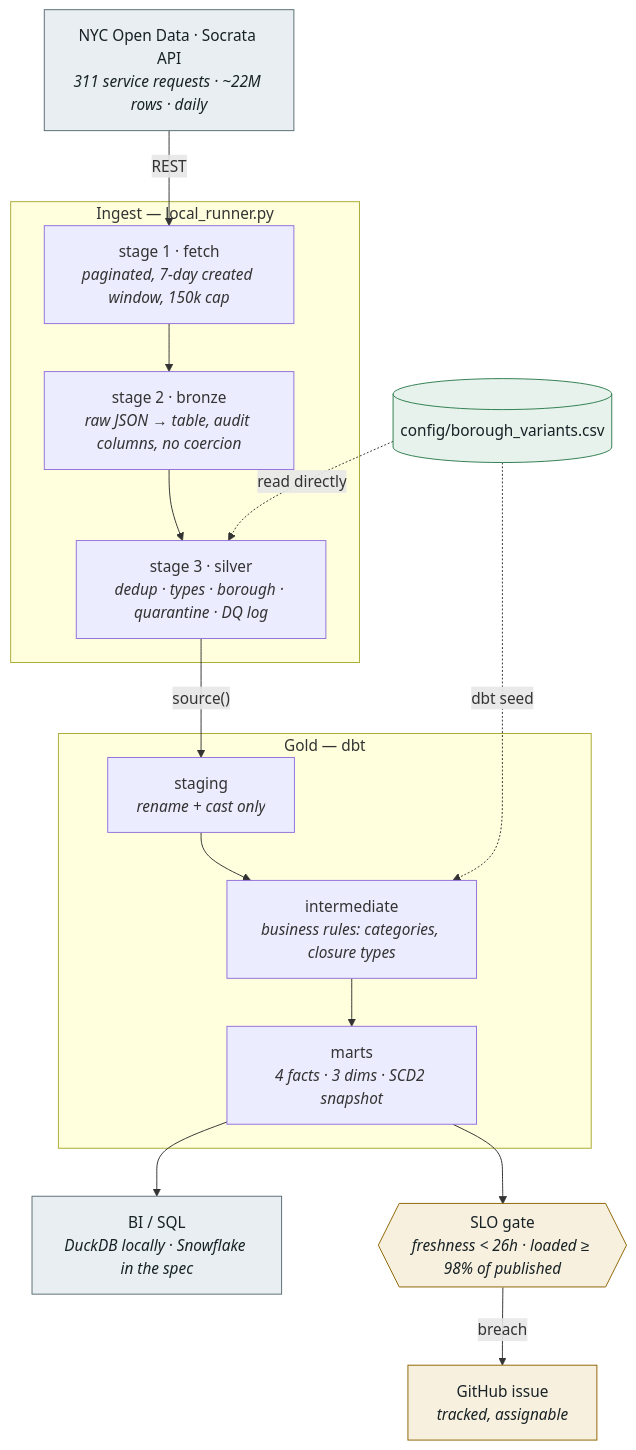
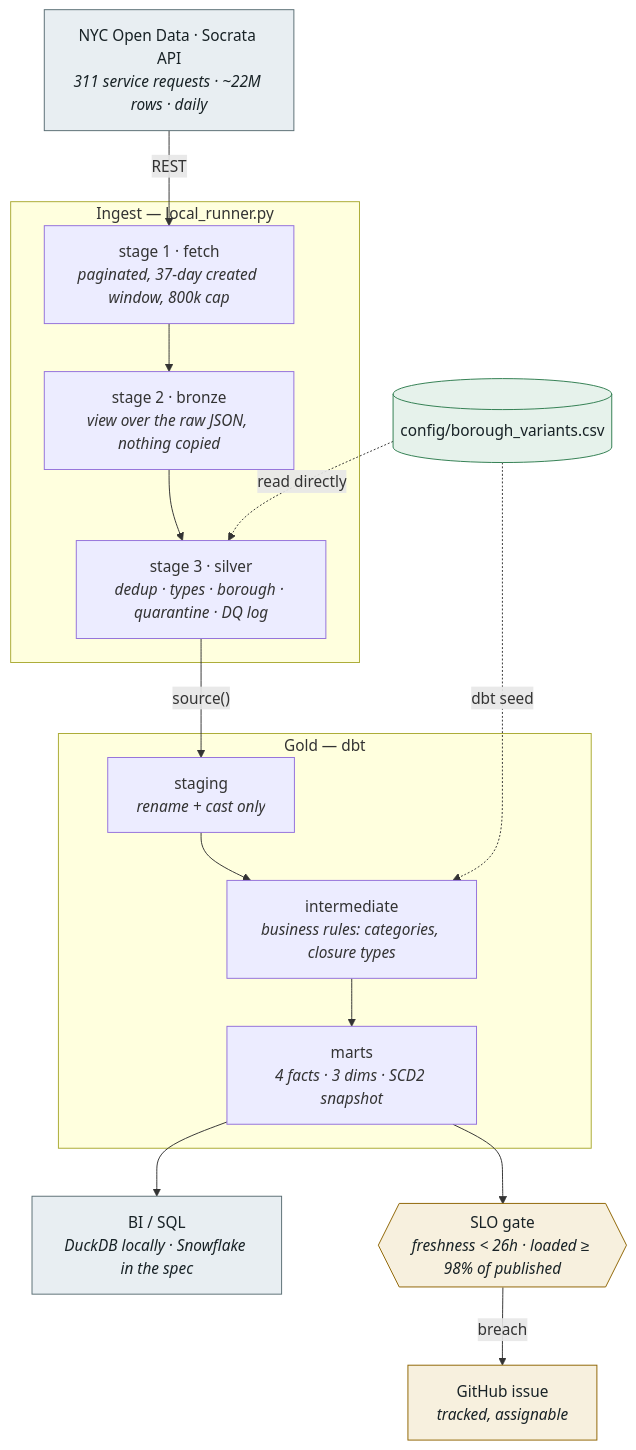
One commit to mcarter100k/nyc311-data-platform changed the diagram in docs/ARCHITECTURE.md. Above: the diagram before and after it, drawn with Mermaid. The commit also changed other lines of this file and 150 other files, not shown here.

First line of the commit message:
Final audit: fix the 30-day closure rate, leaner code and docs (#72)

````diff
--- a/docs/ARCHITECTURE.md
+++ b/docs/ARCHITECTURE.md
@@ -11,34 +9,34 @@
 ```mermaid
 flowchart TD
     API["NYC Open Data · Socrata API<br/><i>311 service requests · ~22M rows · daily</i>"]
 
     subgraph INGEST["Ingest — local_runner.py"]
-        S1["stage 1 · fetch<br/><i>paginated, 7-day created window, 150k cap</i>"]
-        S2["stage 2 · bronze<br/><i>raw JSON → table, audit columns, no coercion</i>"]
+        S1["stage 1 · fetch<br/><i>paginated, 37-day created window, 800k cap</i>"]
+        S2["stage 2 · bronze<br/><i>view over the raw JSON, nothing copied</i>"]
         S3["stage 3 · silver<br/><i>dedup · types · borough · quarantine · DQ log</i>"]
     end
 
     subgraph GOLD["Gold — dbt"]
         STG["staging<br/><i>rename + cast only</i>"]
         INT["intermediate<br/><i>business rules: categories, closure types</i>"]
         MRT["marts<br/><i>4 facts · 3 dims · SCD2 snapshot</i>"]
     end
 
     OUT["BI / SQL<br/><i>DuckDB locally · Snowflake in the spec</i>"]
     SLO{{"SLO gate<br/><i>freshness &lt; 26h · loaded ≥ 98% of published</i>"}}
 
     API -->|"REST"| S1 --> S2 --> S3
     S3 -->|"source()"| STG --> INT --> MRT --> OUT
     MRT --> SLO
     SLO -->|"breach"| ISSUE["GitHub issue<br/><i>tracked, assignable</i>"]
 
     CFG[("config/borough_variants.csv")] -.->|"read directly"| S3
     CFG -.->|"dbt seed"| INT
 
     classDef ext fill:#e8eef2,stroke:#5A6E74,color:#182226
     classDef gate fill:#f7f0de,stroke:#8F6400,color:#182226
     classDef cfg fill:#e6f2eb,stroke:#2E7D4F,color:#182226
     class API,OUT ext
     class SLO,ISSUE gate
     class CFG cfg
 ```
````
